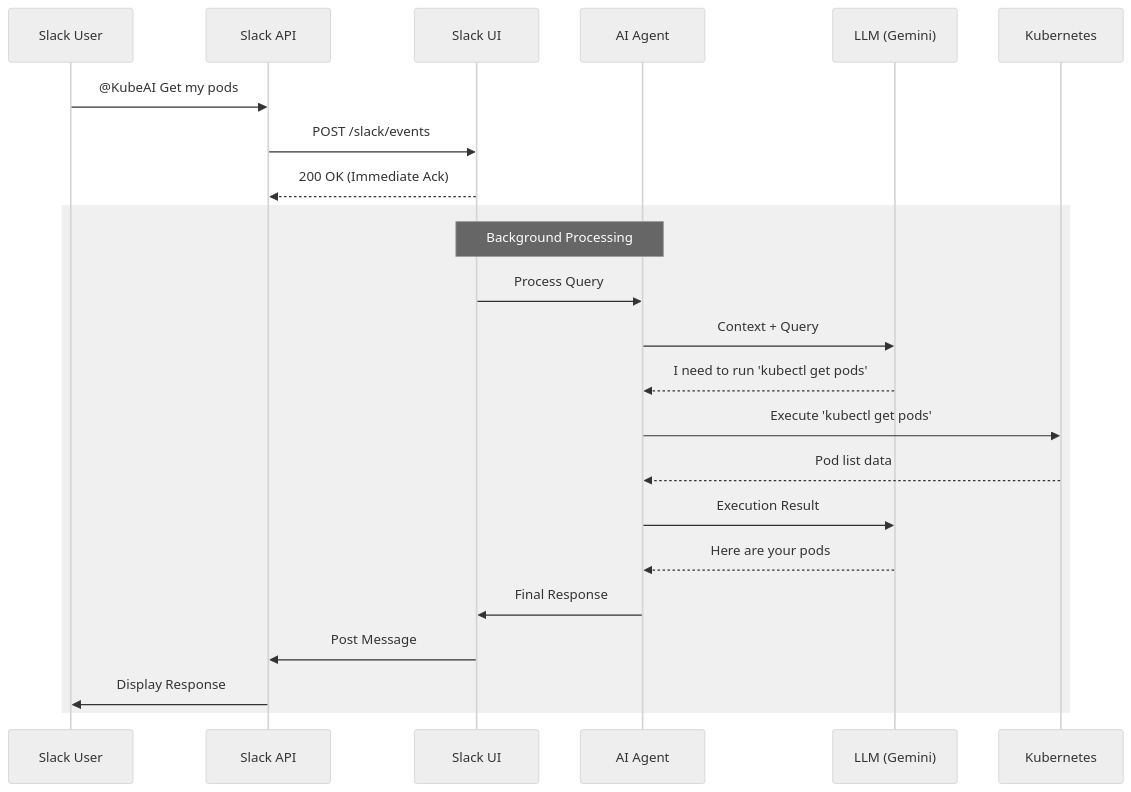
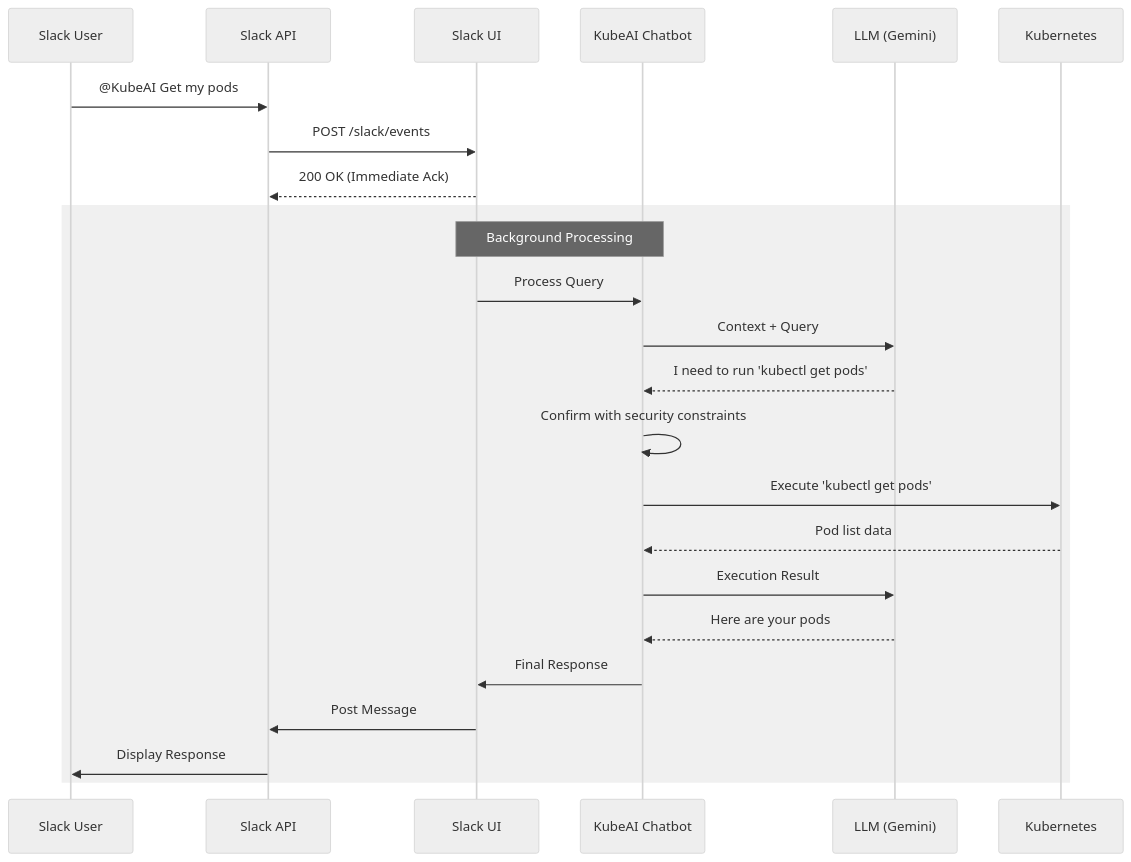
One commit to KongZ/kubeai-chatbot changed the third of 3 diagrams in docs/architecture.md. Above: the diagram before and after it, drawn with Mermaid (neutral theme). The commit also changed 1 other file, not shown here.

````diff
--- a/docs/architecture.md
+++ b/docs/architecture.md
@@ -77,27 +77,28 @@
 ```mermaid
 sequenceDiagram
     participant U as Slack User
     participant S as Slack API
     participant UI as Slack UI
-    participant Ag as AI Agent
+    participant Ag as KubeAI Chatbot
     participant L as LLM (Gemini)
     participant K as Kubernetes
 
     U->>S: @KubeAI Get my pods
     S->>UI: POST /slack/events
     UI-->>S: 200 OK (Immediate Ack)
     
     rect rgb(240, 240, 240)
     Note over UI,Ag: Background Processing
     UI->>Ag: Process Query
     Ag->>L: Context + Query
     L-->>Ag: I need to run 'kubectl get pods'
+    Ag->>Ag: Confirm with security constraints
     Ag->>K: Execute 'kubectl get pods'
     K-->>Ag: Pod list data
     Ag->>L: Execution Result
     L-->>Ag: Here are your pods
     Ag->>UI: Final Response
     UI->>S: Post Message
     S->>U: Display Response
     end
 ```
````
